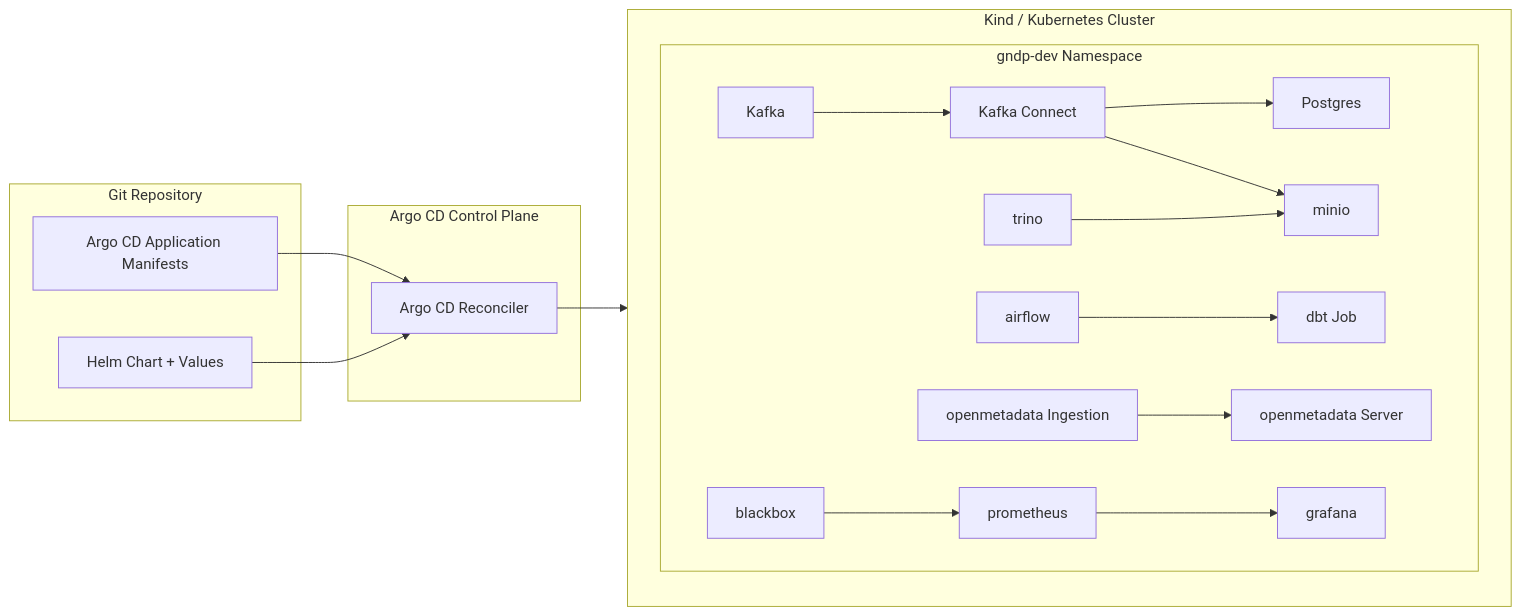
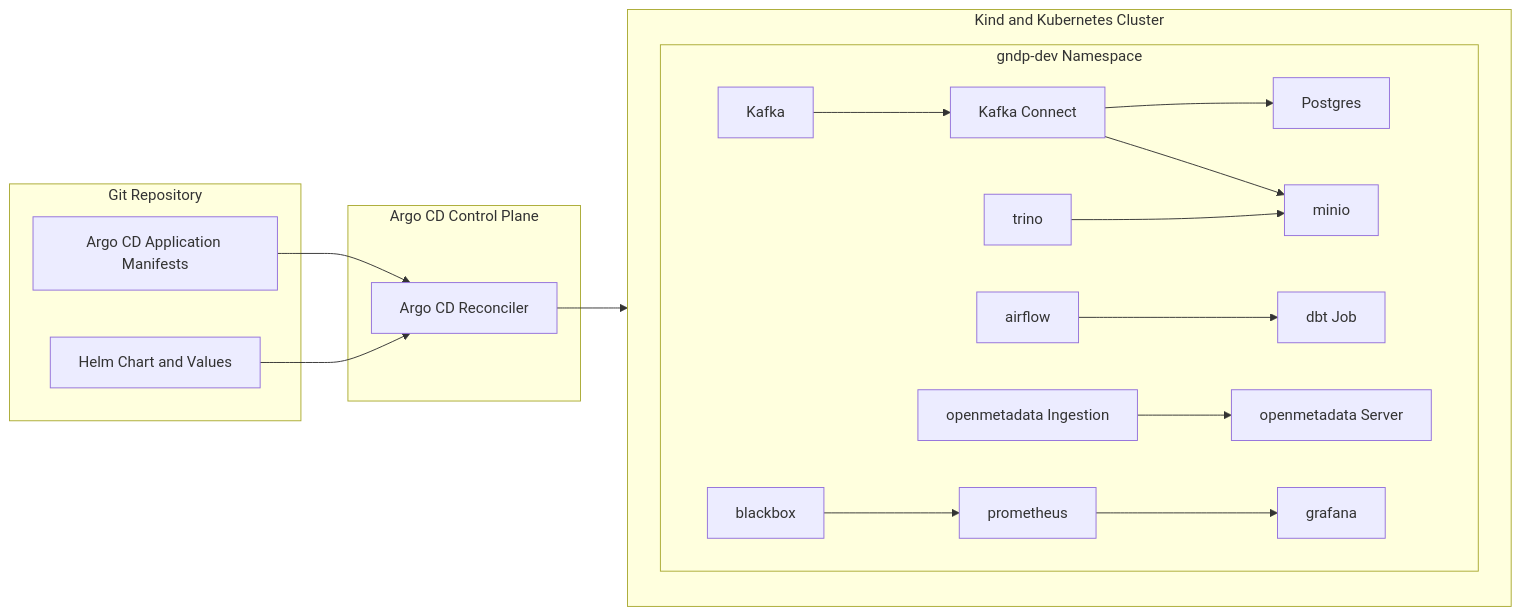
The seventh of 9 diagrams in docs/architecture.md (paulchen8206/Full-Stack-Modern-Data-Architecture-and-Engineering), drawn with Mermaid before and after one commit. The commit also changed other lines of this file, not shown here.

````diff
--- a/docs/architecture.md
+++ b/docs/architecture.md
@@ -706,40 +706,40 @@
 ```mermaid
 flowchart LR
   subgraph Git[Git Repository]
-    CH[Helm Chart + Values]
+    CH[Helm Chart and Values]
     APP[Argo CD Application Manifests]
   end
 
   subgraph Argo[Argo CD Control Plane]
     ARGO[Argo CD Reconciler]
   end
 
-  subgraph K8S[Kind / Kubernetes Cluster]
+  subgraph K8S[Kind and Kubernetes Cluster]
     subgraph NS[gndp-dev Namespace]
       KAFKA[Kafka]
       CONNECT[Kafka Connect]
       TRINO[trino]
       POSTGRES[Postgres]
       MINIO[minio]
       AIRFLOW[airflow]
       DBT[dbt Job]
       OPM[openmetadata Server]
       OMI[openmetadata Ingestion]
       PROM[prometheus]
       GRAF[grafana]
       BBX[blackbox]
     end
   end
 
   APP --> ARGO
   CH --> ARGO
   ARGO --> K8S
   KAFKA --> CONNECT
   CONNECT --> POSTGRES
   CONNECT --> MINIO
   TRINO --> MINIO
   AIRFLOW --> DBT
   OMI --> OPM
   PROM --> GRAF
   BBX --> PROM
 ```
````
